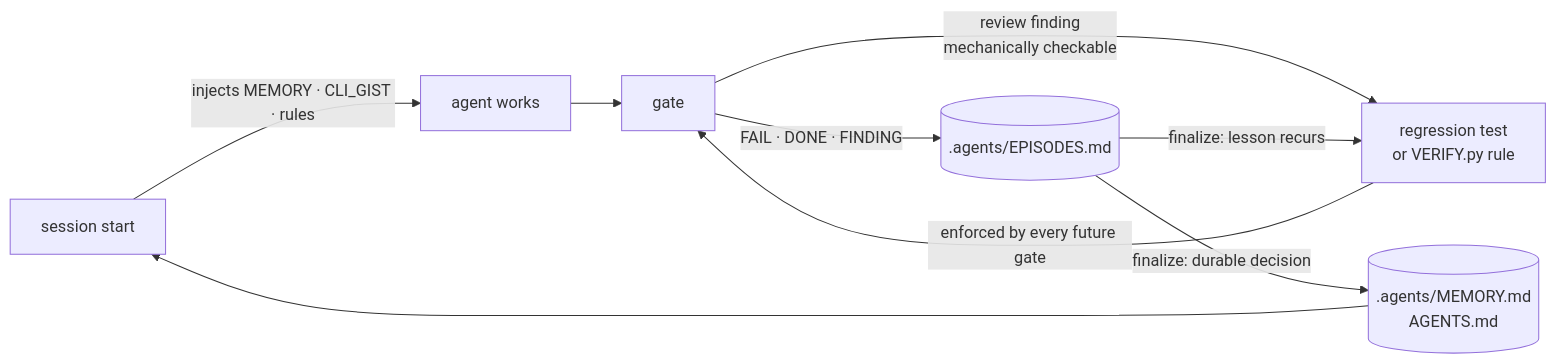
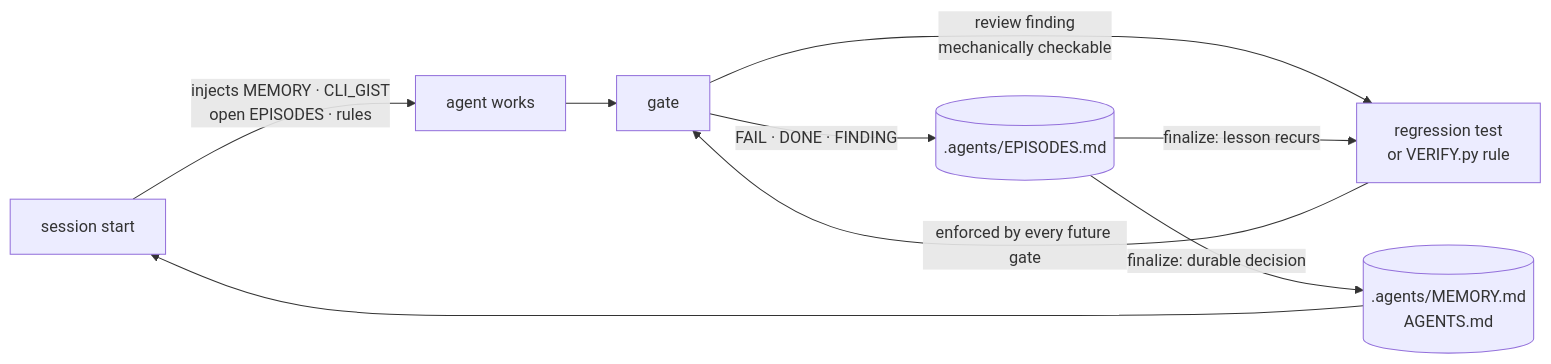
The second of 2 diagrams in README.md (kyr0/defuss-vae), drawn with Mermaid before and after one commit. The commit also changed other lines of this file and 6 other files, not shown here.

First line of the commit message:
feat(memory): inject only the newest open episodes at session start

````diff
--- a/README.md
+++ b/README.md
@@ -74,11 +74,11 @@
 ```mermaid
 flowchart LR
-    S["session start"] -->|"injects MEMORY · CLI_GIST · rules"| A["agent works"]
+    S["session start"] -->|"injects MEMORY · CLI_GIST<br/>open EPISODES · rules"| A["agent works"]
     A --> G["gate"]
     G -->|"FAIL · DONE · FINDING"| E[(".agents/EPISODES.md")]
     G -->|"review finding<br/>mechanically checkable"| T["regression test<br/>or VERIFY.py rule"]
     E -->|"finalize: lesson recurs"| T
     E -->|"finalize: durable decision"| M[(".agents/MEMORY.md<br/>AGENTS.md")]
     T -->|"enforced by every future gate"| G
     M --> S
 ```
````
